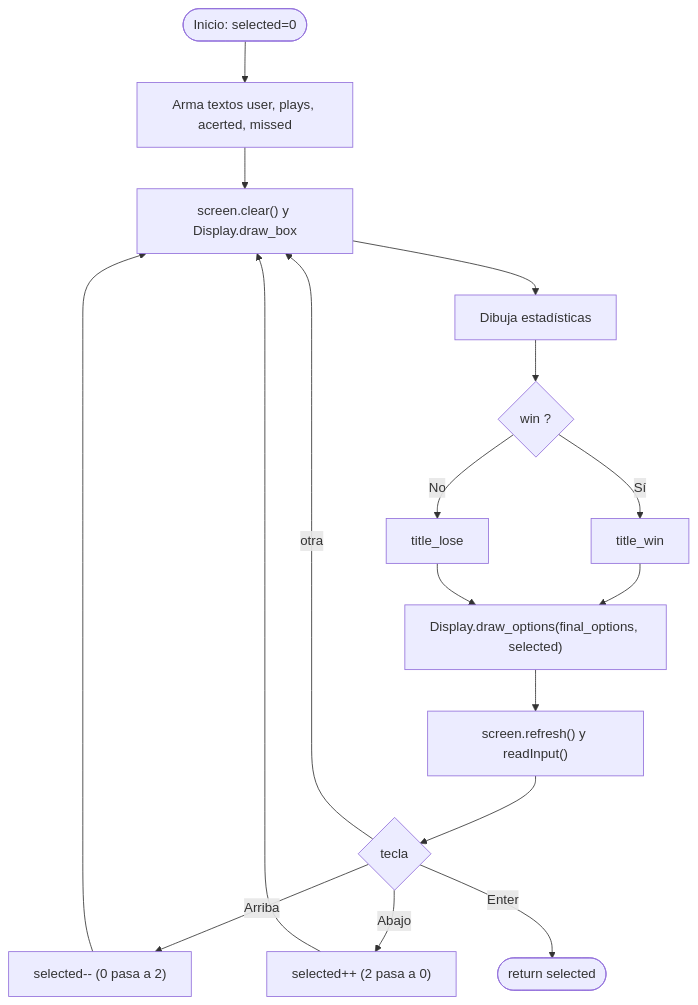
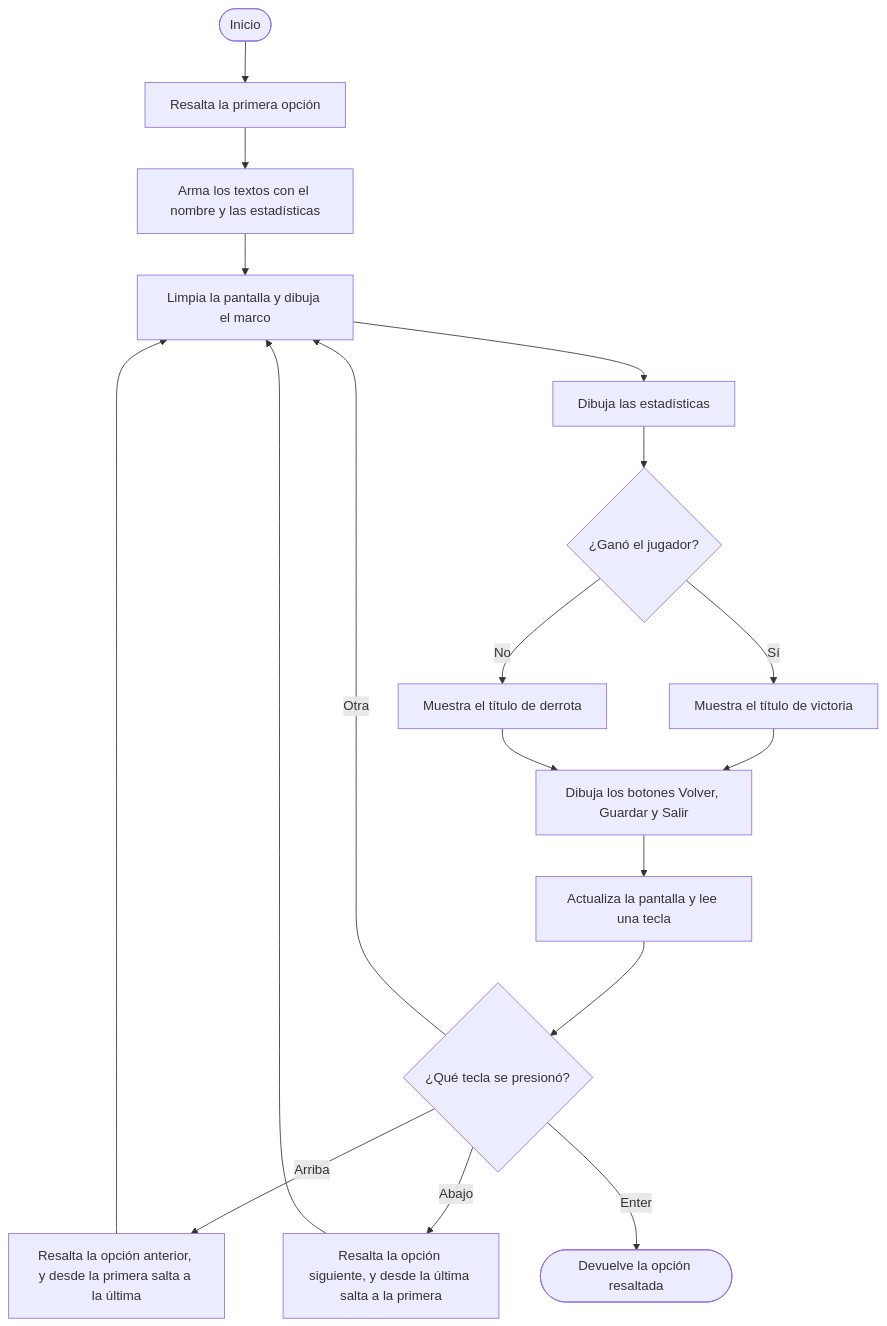
One commit to 8ismel6/1MD-ProyectoFinal changed the fourth of 33 diagrams in README.md. Above: the diagram before and after it, drawn with Mermaid. The commit also changed other lines of this file and 1 other file, not shown here.

````diff
--- a/README.md
+++ b/README.md
@@ -368,17 +363,20 @@
 ```mermaid
 flowchart TD
-A(["Inicio: selected=0"]) --> B["Arma textos user, plays, acerted, missed"]
-B --> C["screen.clear() y Display.draw_box"]
-C --> D["Dibuja estadísticas"]
-D --> E{"win ?"}
-E -- "Sí" --> E1["title_win"]
-E -- "No" --> E2["title_lose"]
-E1 --> F["Display.draw_options(final_options, selected)"]
-E2 --> F
-F --> G["screen.refresh() y readInput()"]
-G --> H{"tecla"}
-H -- "Arriba" --> H1["selected-- (0 pasa a 2)"] --> C
-H -- "Abajo" --> H2["selected++ (2 pasa a 0)"] --> C
-H -- "Enter" --> R(["return selected"])
-H -- "otra" --> C
+A(["Inicio"]) --> B["Resalta la primera opción"]
+B --> C["Arma los textos con el nombre y las estadísticas"]
+C --> D["Limpia la pantalla y dibuja el marco"]
+D --> E["Dibuja las estadísticas"]
+E --> F{"¿Ganó el jugador?"}
+F -- "Sí" --> F1["Muestra el título de victoria"]
+F -- "No" --> F2["Muestra el título de derrota"]
+F1 --> G["Dibuja los botones Volver, Guardar y Salir"]
+F2 --> G
+G --> H["Actualiza la pantalla y lee una tecla"]
+H --> I{"¿Qué tecla se presionó?"}
+I -- "Arriba" --> I1["Resalta la opción anterior, y desde la primera salta a la última"]
+I -- "Abajo" --> I2["Resalta la opción siguiente, y desde la última salta a la primera"]
+I -- "Enter" --> R(["Devuelve la opción resaltada"])
+I -- "Otra" --> D
+I1 --> D
+I2 --> D
 ```
````
